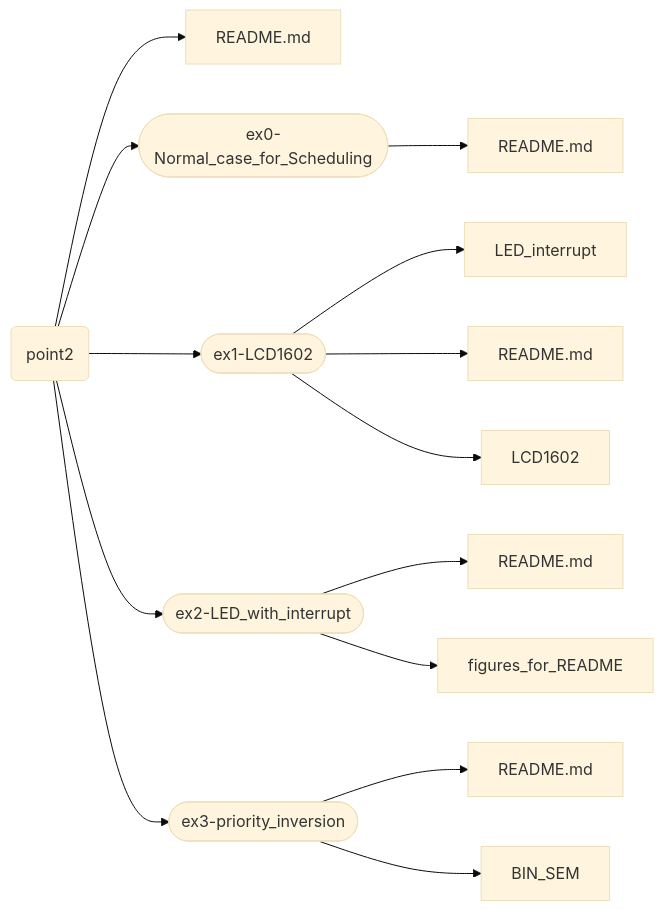
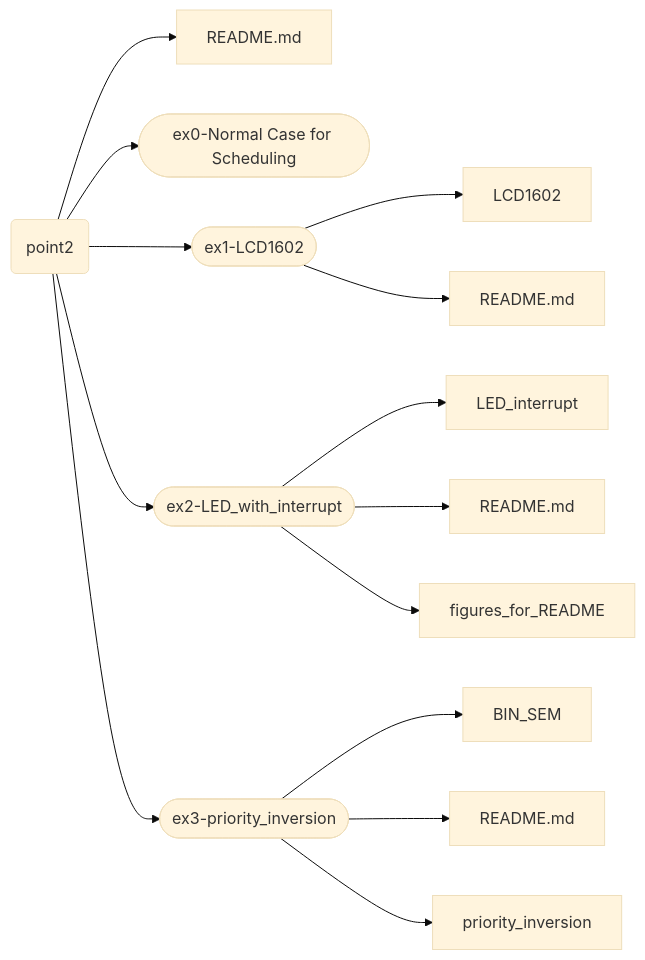
Before and after one commit to smokyisthatyou/STM32Nucleo64: the diagram in README.md, drawn with Mermaid. The commit also changed other lines of this file, not shown here.

````diff
--- a/README.md
+++ b/README.md
@@ -11,38 +10,37 @@
 ```mermaid
 %%{init: {'theme':'base'}}%%
 graph LR;
-p(point2)
 A[README.md];
 B[README.md];
 C[README.md];
 D[README.md];
-E[README.md];
-p-->A;
-p-->dir1([ex0-Normal_case_for_Scheduling]);
-p-->dir2([ex1-LCD1602]);
-p-->dir3([ex2-LED_with_interrupt]);
-p-->dir4([ex3-priority_inversion]);
-dir1-->E;
-dir3-->B;
+p2(point2)
+p2-->dir4([ex0-Normal Case for Scheduling]);
+p2-->A;
+p2-->dir1([ex1-LCD1602]);
+p2-->dir2([ex2-LED_with_interrupt]);
+p2-->dir3([ex3-priority_inversion]);
+dir1-->LCD1602;
+dir1-->D;
 dir2-->LED_interrupt;
-dir3-->figures_for_README;
-dir2-->D;
-dir2-->LCD1602
-dir4-->C;
-dir4-->BIN_SEM;
+dir2-->B;
+dir2-->figures_for_README;
+dir3-->BIN_SEM;
+dir3-->C;
+dir3-->priority_inversion;
 
-click p href "https://baltig.polito.it/caos2023/group2/-/tree/point2" "Link to point2";
-click BIN_SEM href "https://baltig.polito.it/caos2023/group2/-/tree/point2/ex3-priority_inversion/BIN_SEM" "Link to point2";
-click README.md href "https://baltig.polito.it/caos2023/group2/-/tree/point2/README.md" "Link to point2.md";
-click ex1-LCD1602 href "https://baltig.polito.it/caos2023/group2/-/tree/point2/ex1-LCD1602" "Link to ex1-LCD1602";
-click ex2-LED_with_interrupt href "https://baltig.polito.it/caos2023/group2/-/tree/point2/ex2-LED_with_interrupt" "Link to ex2-LED_with_interrupt";
-click ex3-priority_inversion href "https://baltig.polito.it/caos2023/group2/-/tree/point2/ex3-priority_inversion" "Link to ex3-priority_inversion";
-click B href "https://baltig.polito.it/caos2023/group2/-/tree/point2/ex2-LED_with_interrupt/README.md" "Link to README.md";
-click C href "https://baltig.polito.it/caos2023/group2/-/tree/point2/ex3-priority_inversion/README.md" "Link to ex3-priority_inversion.md";
-click D href "https://baltig.polito.it/caos2023/group2/-/tree/point2/ex21-LCD1602/README.md" "Link to LCD1602";
+click A href "https://baltig.polito.it/caos2023/group2/-/tree/point2/README.md" "Link to README.md";
+click p2 href "https://baltig.polito.it/caos2023/group2/-/tree/point2" "Link to point2";
+click README.md href "https://baltig.polito.it/caos2023/group2/-/blob/point2/README.md" "Link to README.md";
+click dir2 href "https://baltig.polito.it/caos2023/group2/-/tree/point2/ex2-LED_with_interrupt" "Link to ex2-LED_with_interrupt";
+click LED_interrupt href "https://baltig.polito.it/caos2023/group2/-/tree/point2/ex2-LED_with_interrupt/LED_interrupt" "Link to LED_interrupt";
+click B href "https://baltig.polito.it/caos2023/group2/-/tree/point2/ex2-LED_with_Interrupt/README.md" "Link to README.md";
 click figures_for_README href "https://baltig.polito.it/caos2023/group2/-/tree/point2/ex2-LED_with_interrupt/figures_for_README" "Link to figures_for_README";
-click LED_interrupt href "https://baltig.polito.it/caos2023/group2/-/tree/point2/ex2-LED_with_interrupt/LED_interrupt" "Link to LED_interrupt";
-click ex3-priority_inversion href "https://baltig.polito.it/caos2023/group2/-/tree/point1/tutorial_pictures" "Link to ex3-priority_inversion";
-click README.md href "https://baltig.polito.it/caos2023/group2/-/tree/point2/ex3-priority_inversion/README.md" "Link to README.md";
-click BIN_SEM href "https://baltig.polito.it/caos2023/group2/-/tree/point2/ex3-priority_inversion/BIN_SEM" "Link to BIN_SEM";
+click dir3 href "https://baltig.polito.it/caos2023/group2/-/tree/point2/ex3-priority_inversion";
+click BIN_SEM href "https://baltig.polito.it/caos2023/group2/-/tree/point2/ex3-priority_inversion/BIN_SEM";
+click priority_inversion href "https://baltig.polito.it/caos2023/group2/-/tree/point2/ex3-priority_inversion/priority_inversion";
+click C href "https://baltig.polito.it/caos2023/group2/-/tree/point2/ex3-priority_inversion/README.md" "Link to README.md";
+click dir1 href "https://baltig.polito.it/caos2023/group2/-/tree/point2/ex1-LCD1602" "Link to ex1-LCD1602";
+click D href "https://baltig.polito.it/caos2023/group2/-/tree/point2/ex1-LCD1602/README.md" "Link to README.md";
+click LCD1602 href "https://baltig.polito.it/caos2023/group2/-/tree/point2/ex1-LCD1602/LCD1602" "Link to LCD1602";
 ```
````
